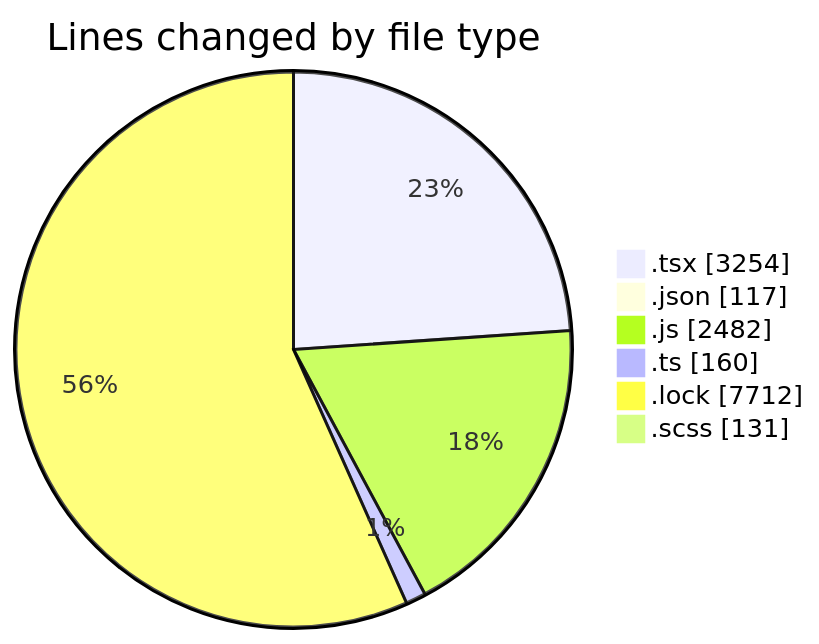
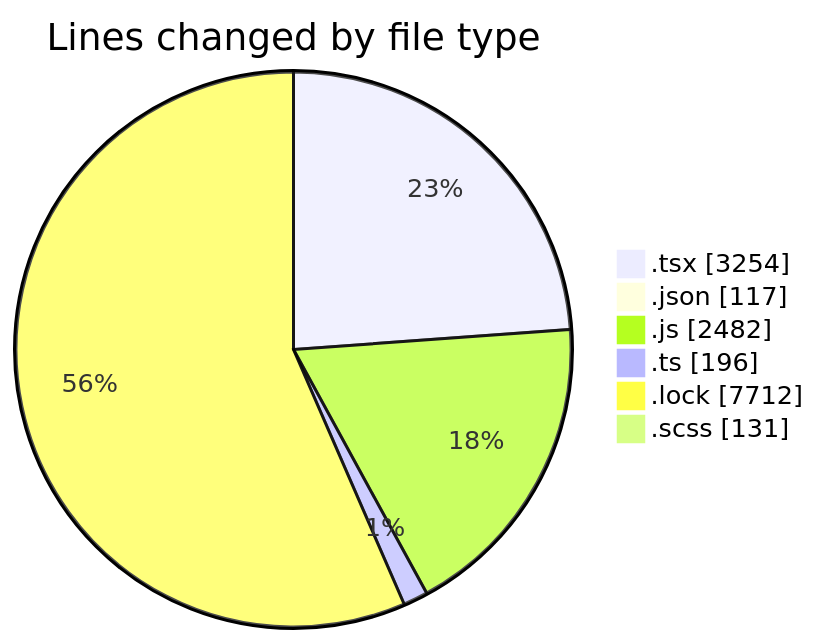
Before and after one commit to momahboobian/code-tracking: the first of 2 diagrams in 2025-04-28/cda/README.md, drawn with Mermaid. The commit also changed other lines of this file and 1 other file, not shown here.

````diff
--- a/2025-04-28/cda/README.md
+++ b/2025-04-28/cda/README.md
@@ -42,10 +43,10 @@
 ```mermaid
 pie showData
 title Lines changed by file type
 ".tsx" : 3254
 ".json" : 117
 ".js" : 2482
-".ts" : 160
+".ts" : 196
 ".lock" : 7712
 ".scss" : 131
 ```
````
